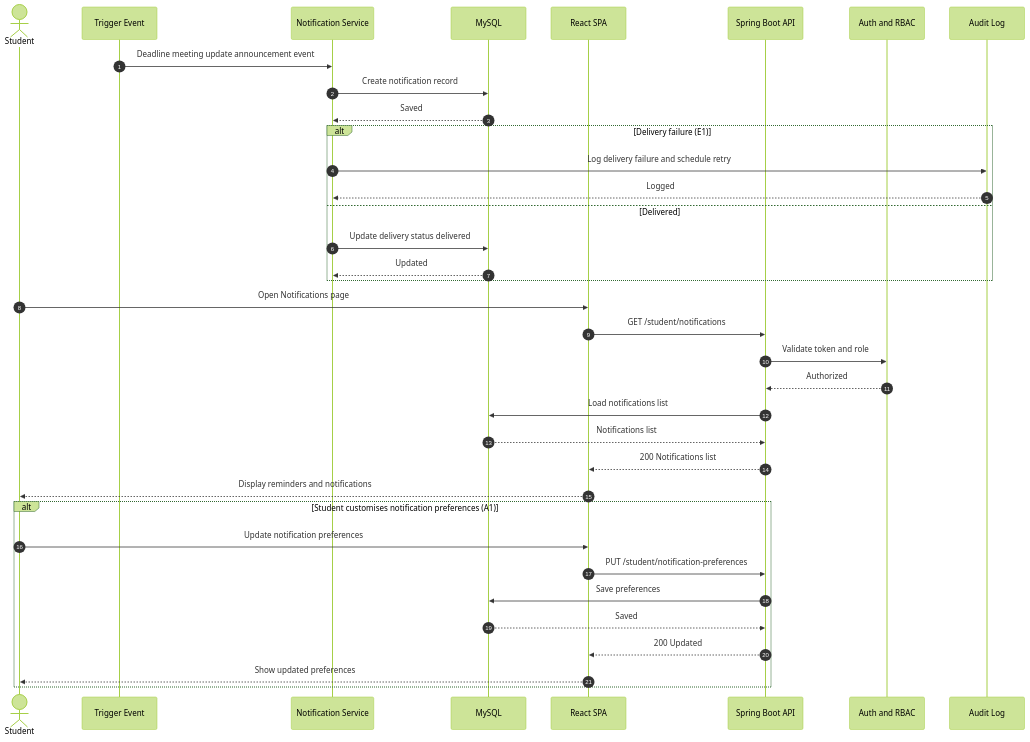
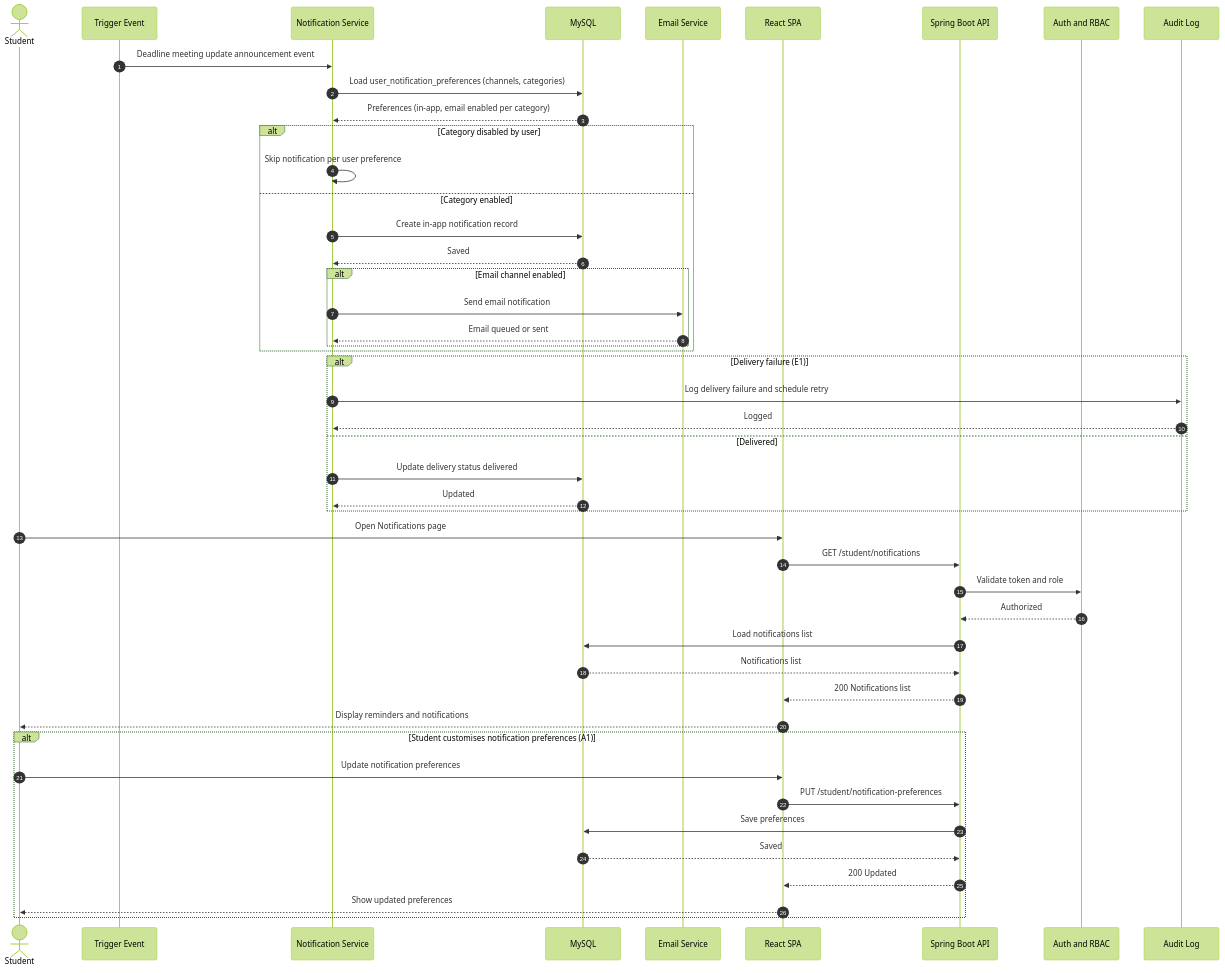
One commit to taizhixuan/fyp-supervision-system changed diagram 14 of 33 in Project-info/Sequence Diagram.md. Above: the diagram before and after it, drawn with Mermaid (forest theme). The commit also changed other lines of this file and 4 other files, not shown here.

Commit message:
restructure C3, ERD, data dictionary and sequence diagram docs

````diff
--- a/Project-info/Sequence Diagram.md
+++ b/Project-info/Sequence Diagram.md
@@ -1111,42 +1148,56 @@
 ```mermaid
 sequenceDiagram
   autonumber
   actor STU as Student
   participant TRG as Trigger Event
   participant NOTI as Notification Service
   participant DB as MySQL
+  participant MAIL as Email Service
   participant FE as React SPA
   participant BE as Spring Boot API
   participant AUTH as Auth and RBAC
   participant AUD as Audit Log
 
   TRG->>NOTI: Deadline meeting update announcement event
-  NOTI->>DB: Create notification record
-  DB-->>NOTI: Saved
+  %% NEW (FYP2): load user preferences before delivery
+  NOTI->>DB: Load user_notification_preferences (channels, categories)
+  DB-->>NOTI: Preferences (in-app, email enabled per category)
+
+  alt Category disabled by user
+    NOTI->>NOTI: Skip notification per user preference
+  else Category enabled
+    NOTI->>DB: Create in-app notification record
+    DB-->>NOTI: Saved
+    %% NEW (FYP2): branch by enabled channel
+    alt Email channel enabled
+      NOTI->>MAIL: Send email notification
+      MAIL-->>NOTI: Email queued or sent
+    end
+  end
 
   alt Delivery failure (E1)
     NOTI->>AUD: Log delivery failure and schedule retry
     AUD-->>NOTI: Logged
   else Delivered
     NOTI->>DB: Update delivery status delivered
     DB-->>NOTI: Updated
   end
 
   STU->>FE: Open Notifications page
   FE->>BE: GET /student/notifications
   BE->>AUTH: Validate token and role
   AUTH-->>BE: Authorized
   BE->>DB: Load notifications list
   DB-->>BE: Notifications list
   BE-->>FE: 200 Notifications list
   FE-->>STU: Display reminders and notifications
 
   alt Student customises notification preferences (A1)
     STU->>FE: Update notification preferences
     FE->>BE: PUT /student/notification-preferences
     BE->>DB: Save preferences
     DB-->>BE: Saved
     BE-->>FE: 200 Updated
     FE-->>STU: Show updated preferences
   end
 ```
````
